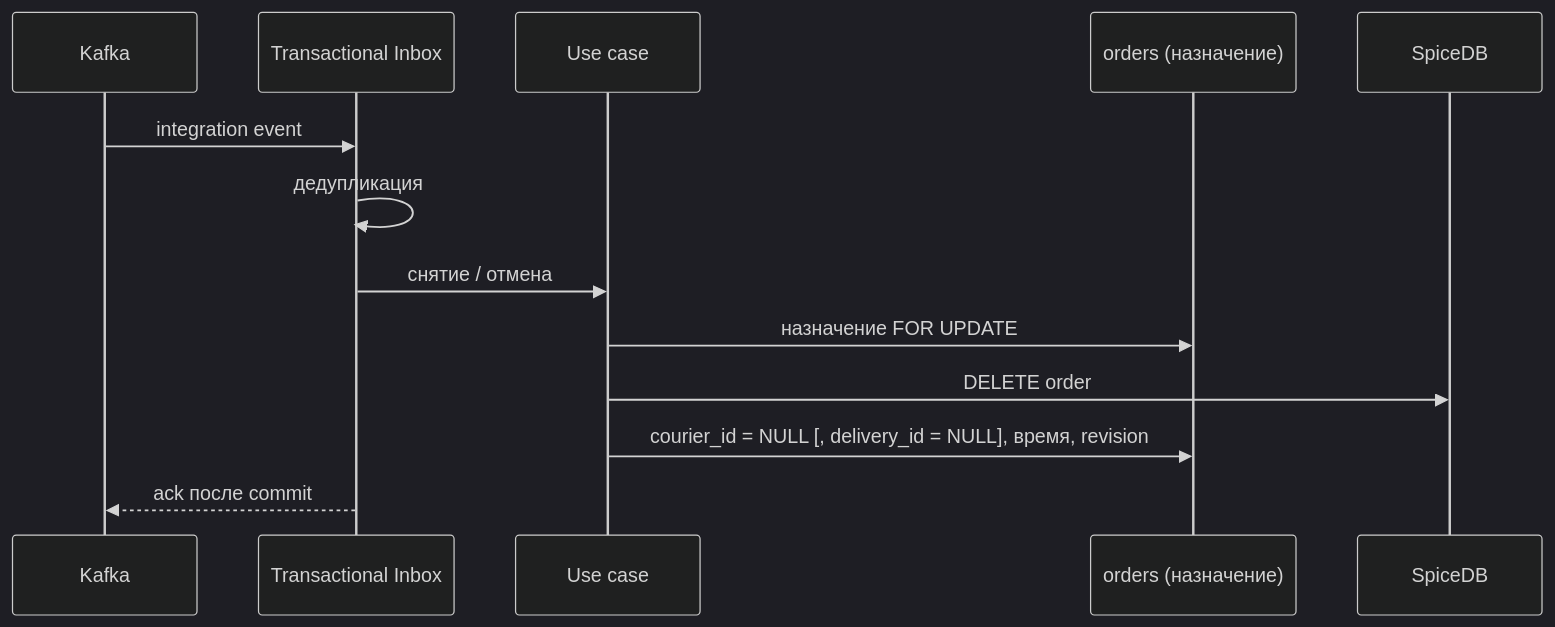
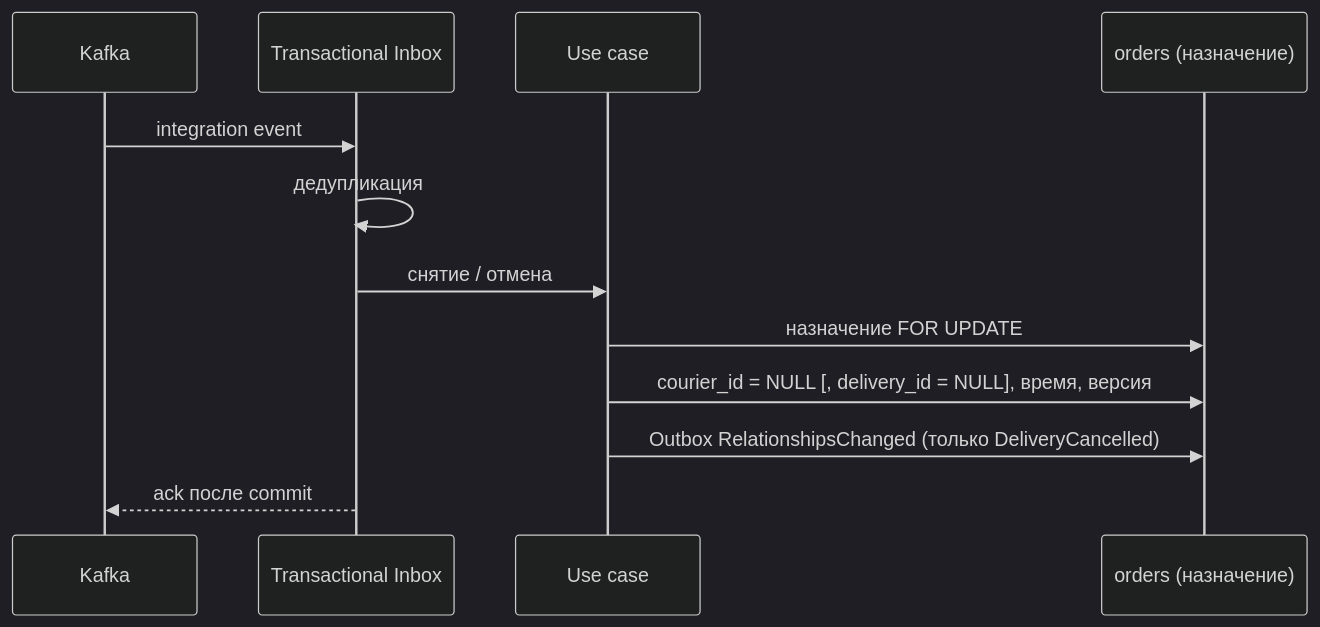
One commit to batazor/nomnom changed the diagram in boundaries/orders/slices/order/applications/recordcourierrelease/README.md. Above: the diagram before and after it, drawn with Mermaid (dark theme). The commit also changed other lines of this file and 72 other files, not shown here.

First line of the commit message:
refactor(orders): sync SpiceDB relationships from the Outbox, drop orders-reconciler

````diff
--- a/boundaries/orders/slices/order/applications/recordcourierrelease/README.md
+++ b/boundaries/orders/slices/order/applications/recordcourierrelease/README.md
@@ -18,15 +18,14 @@
 ```mermaid
 sequenceDiagram
     participant Kafka
     participant Inbox as Transactional Inbox
     participant App as Use case
     participant Store as orders (назначение)
-    participant SpiceDB
     Kafka->>Inbox: integration event
     Inbox->>Inbox: дедупликация
     Inbox->>App: снятие / отмена
     App->>Store: назначение FOR UPDATE
-    App->>SpiceDB: DELETE order#delivery (только DeliveryCancelled)
-    App->>Store: courier_id = NULL [, delivery_id = NULL], время, revision
+    App->>Store: courier_id = NULL [, delivery_id = NULL], время, версия
+    App->>Store: Outbox RelationshipsChanged (только DeliveryCancelled)
     Inbox-->>Kafka: ack после commit
 ```
````
